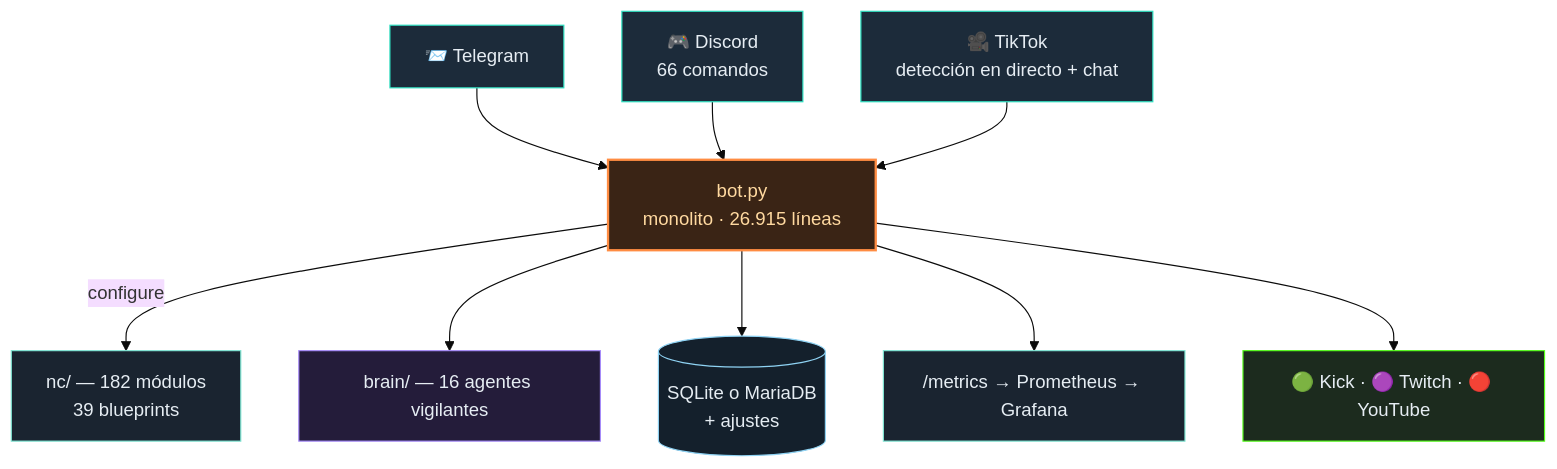
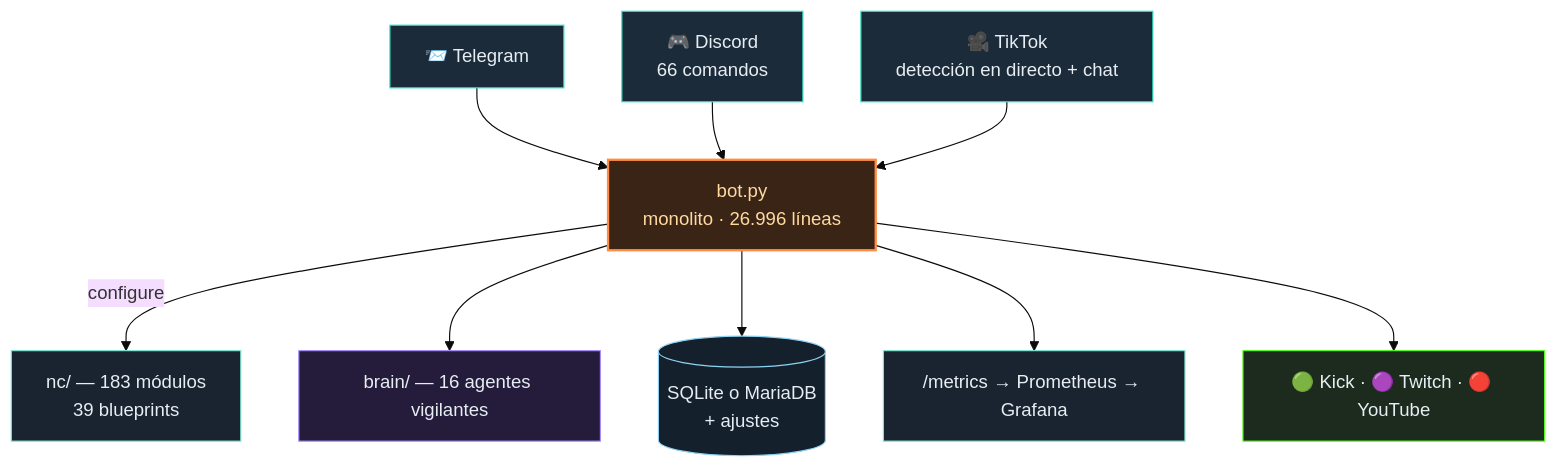
Before and after one commit to itsamemedev/Telegram-Stream-Info-Bot: the diagram in README.es.md, drawn with Mermaid (base theme). The commit also changed other lines of this file and 14 other files, not shown here.

````diff
--- a/README.es.md
+++ b/README.es.md
@@ -64,18 +64,18 @@
 ```mermaid
 flowchart TB
     TG["📨 Telegram"]:::ein --> BOT
     DC["🎮 Discord<br/>66 comandos"]:::ein --> BOT
     TT["🎥 TikTok<br/>detección en directo + chat"]:::ein --> BOT
-    BOT["bot.py<br/>monolito · 26.915 líneas"]:::core
-    BOT -->|configure| NC["nc/ — 182 módulos<br/>39 blueprints"]:::lib
+    BOT["bot.py<br/>monolito · 26.996 líneas"]:::core
+    BOT -->|configure| NC["nc/ — 183 módulos<br/>39 blueprints"]:::lib
     BOT --> BRAIN["brain/ — 16 agentes vigilantes"]:::brain
     BOT --> DB[("SQLite o MariaDB<br/>+ ajustes")]:::db
     BOT --> PROM["/metrics → Prometheus → Grafana"]:::lib
     BOT --> OUT["🟢 Kick · 🟣 Twitch · 🔴 YouTube"]:::out
     classDef ein fill:#1c2b3a,stroke:#2de1c2,color:#e6edf3
     classDef core fill:#3a2415,stroke:#ff8c42,stroke-width:2px,color:#ffd9a0
     classDef lib fill:#1a2430,stroke:#7fe7d4,color:#e6edf3
     classDef brain fill:#241c3a,stroke:#a78bfa,color:#e6edf3
     classDef db fill:#14202c,stroke:#8fd3f4,color:#e6edf3
     classDef out fill:#1c2b1e,stroke:#53fc18,color:#e6edf3
 ```
````
